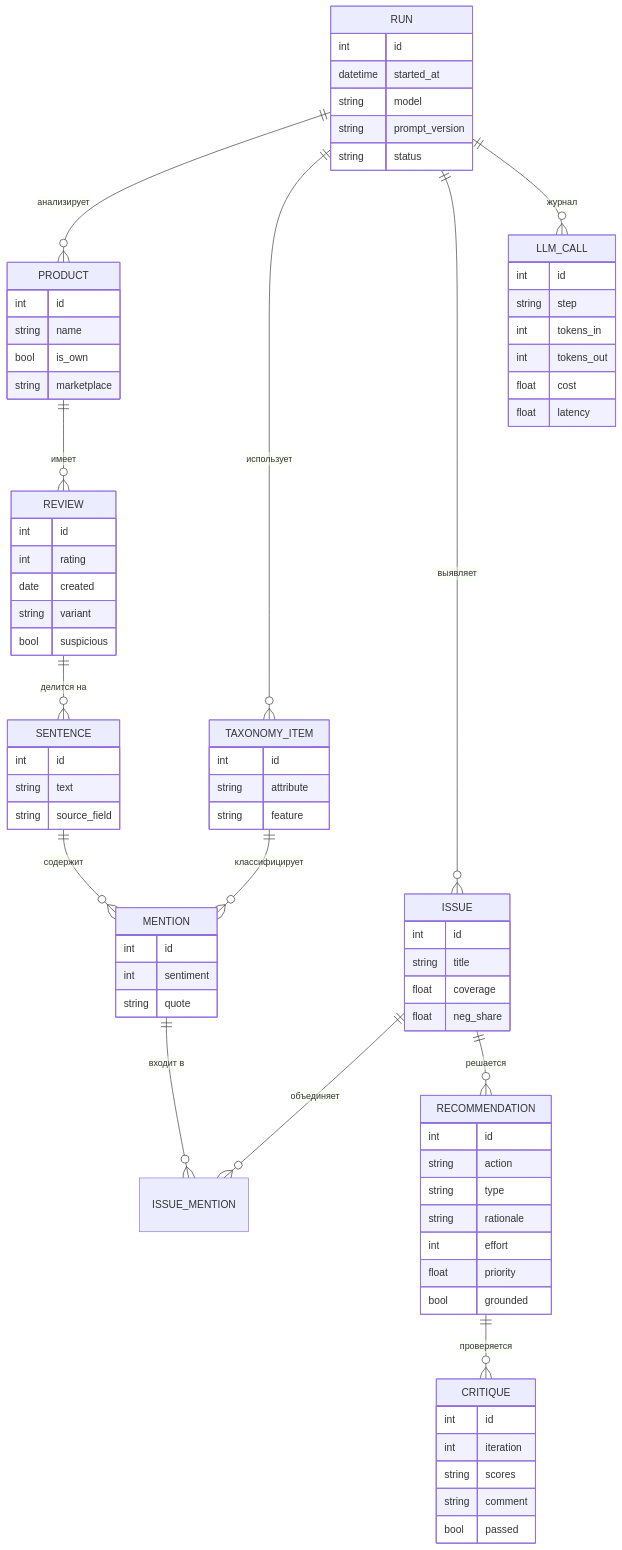
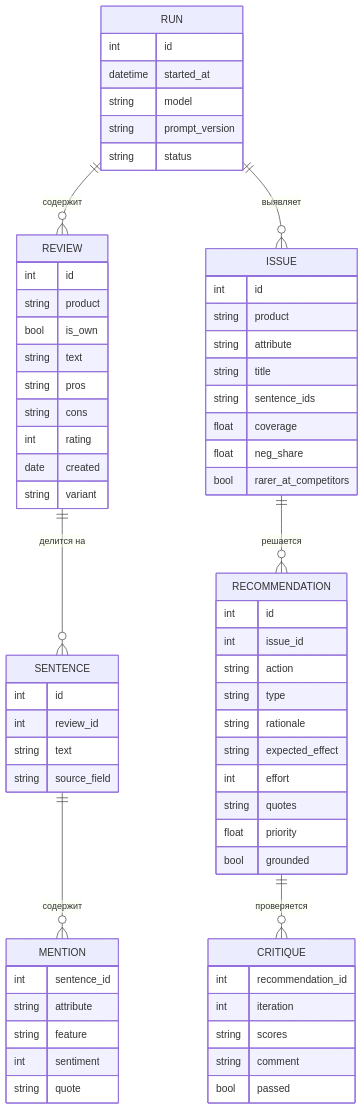
One commit to devehlop/vkr-review-agent changed the third of 3 diagrams in docs/architecture.md. Above: the diagram before and after it, drawn with Mermaid. The commit also changed other lines of this file and 4 other files, not shown here.

First line of the commit message:
Добавить черновик главы 2 и исправить диаграмму данных в архитектуре

````diff
--- a/docs/architecture.md
+++ b/docs/architecture.md
@@ -161,81 +163,70 @@
 ```mermaid
 erDiagram
-    RUN ||--o{ PRODUCT : "анализирует"
-    PRODUCT ||--o{ REVIEW : "имеет"
+    RUN ||--o{ REVIEW : "содержит"
     REVIEW ||--o{ SENTENCE : "делится на"
     SENTENCE ||--o{ MENTION : "содержит"
-    RUN ||--o{ TAXONOMY_ITEM : "использует"
-    TAXONOMY_ITEM ||--o{ MENTION : "классифицирует"
     RUN ||--o{ ISSUE : "выявляет"
-    ISSUE ||--o{ ISSUE_MENTION : "объединяет"
-    MENTION ||--o{ ISSUE_MENTION : "входит в"
     ISSUE ||--o{ RECOMMENDATION : "решается"
     RECOMMENDATION ||--o{ CRITIQUE : "проверяется"
-    RUN ||--o{ LLM_CALL : "журнал"
 
     RUN {
         int id
         datetime started_at
         string model
         string prompt_version
         string status
     }
-    PRODUCT {
-        int id
-        string name
-        bool is_own
-        string marketplace
-    }
     REVIEW {
         int id
+        string product
+        bool is_own
+        string text
+        string pros
+        string cons
         int rating
         date created
         string variant
-        bool suspicious
     }
     SENTENCE {
         int id
+        int review_id
         string text
         string source_field
     }
-    TAXONOMY_ITEM {
-        int id
+    MENTION {
+        int sentence_id
         string attribute
         string feature
-    }
-    MENTION {
-        int id
         int sentiment
         string quote
     }
     ISSUE {
         int id
+        string product
+        string attribute
         string title
+        string sentence_ids
         float coverage
         float neg_share
+        bool rarer_at_competitors
     }
     RECOMMENDATION {
         int id
+        int issue_id
         string action
         string type
         string rationale
+        string expected_effect
         int effort
+        string quotes
         float priority
         bool grounded
     }
     CRITIQUE {
-        int id
+        int recommendation_id
         int iteration
         string scores
         string comment
         bool passed
     }
-    LLM_CALL {
-        int id
-        string step
-        int tokens_in
-        int tokens_out
-        float cost
-        float latency
-    }
 ```
````
